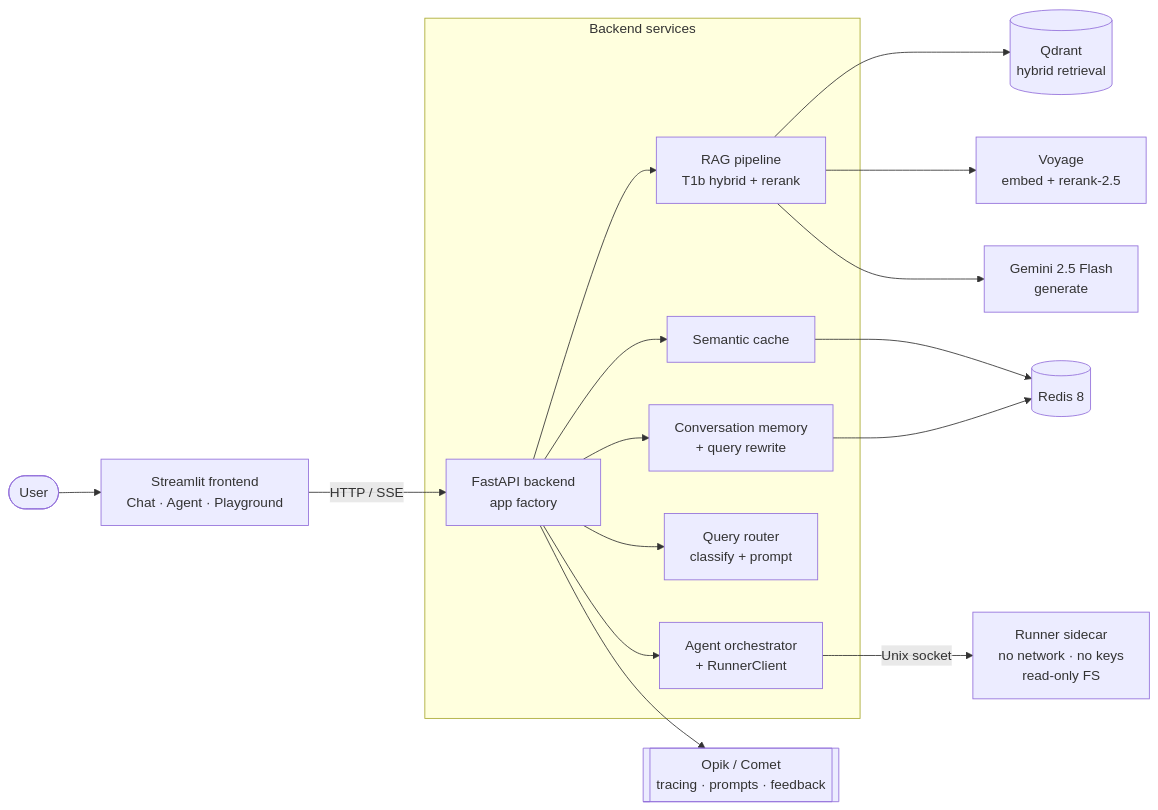
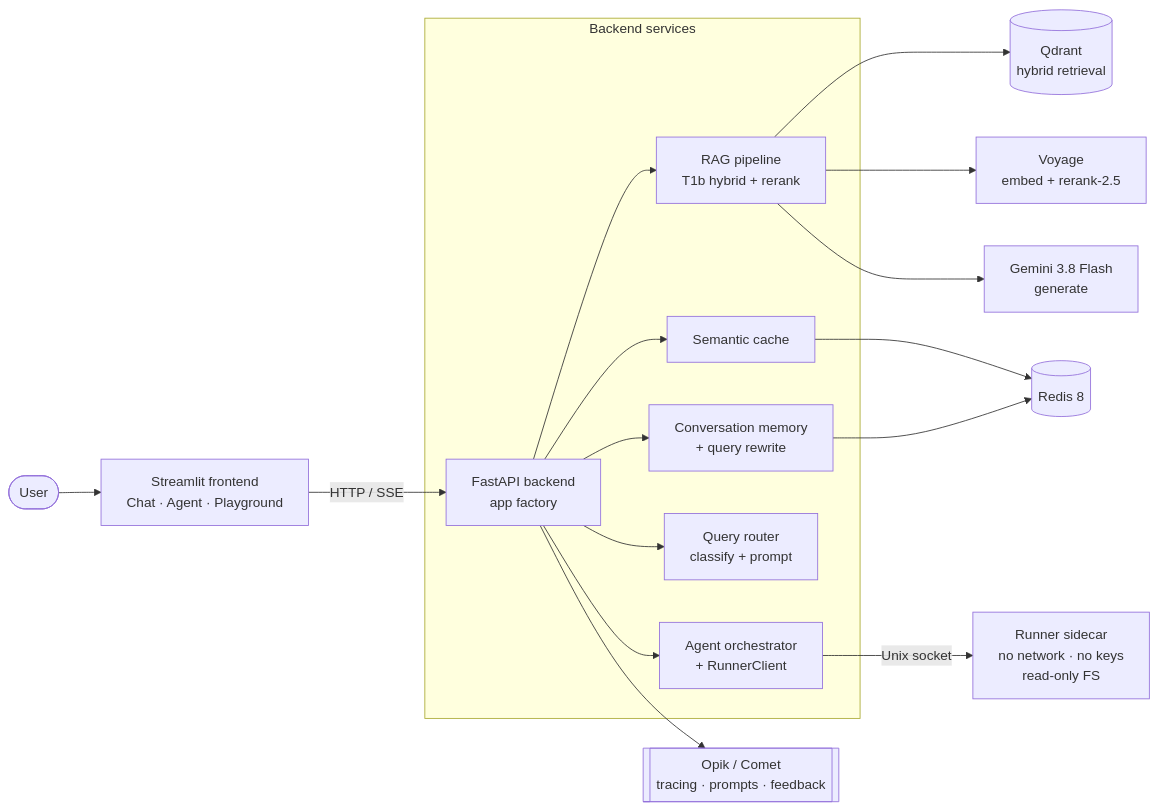
Before and after one commit to olaheavy-dev/fastpilot: the diagram in wiki/overview.md, drawn with Mermaid. The commit also changed other lines of this file and 8 other files, not shown here.

First line of the commit message:
Production model: gemini-3.8-flash with gemini-3.5-flash-lite fallback

````diff
--- a/wiki/overview.md
+++ b/wiki/overview.md
@@ -44,22 +44,22 @@
 ```mermaid
 flowchart LR
     U([User]) --> FE[Streamlit frontend<br/>Chat · Agent · Playground]
     FE -- HTTP / SSE --> BE[FastAPI backend<br/>app factory]
 
     subgraph Backend services
       BE --> RP[RAG pipeline<br/>T1b hybrid + rerank]
       BE --> SC[Semantic cache]
       BE --> CV[Conversation memory<br/>+ query rewrite]
       BE --> QR[Query router<br/>classify + prompt]
       BE --> AG[Agent orchestrator<br/>+ RunnerClient]
     end
 
     AG -- Unix socket --> RN[Runner sidecar<br/>no network · no keys<br/>read-only FS]
 
     RP --> QD[(Qdrant<br/>hybrid retrieval)]
     RP --> VO[Voyage<br/>embed + rerank-2.5]
-    RP --> GM[Gemini 2.5 Flash<br/>generate]
+    RP --> GM[Gemini 3.8 Flash<br/>generate]
     SC --> RD[(Redis 8)]
     CV --> RD
     BE --> OP[[Opik / Comet<br/>tracing · prompts · feedback]]
 ```
````
